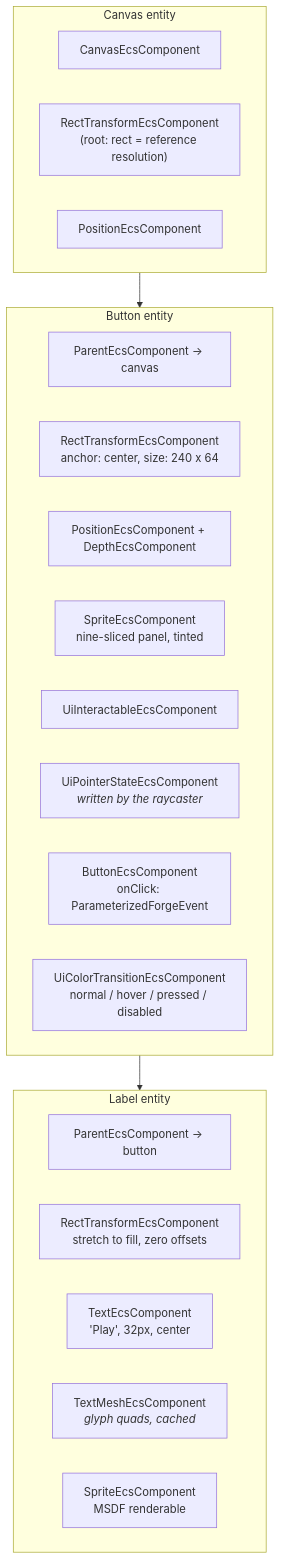
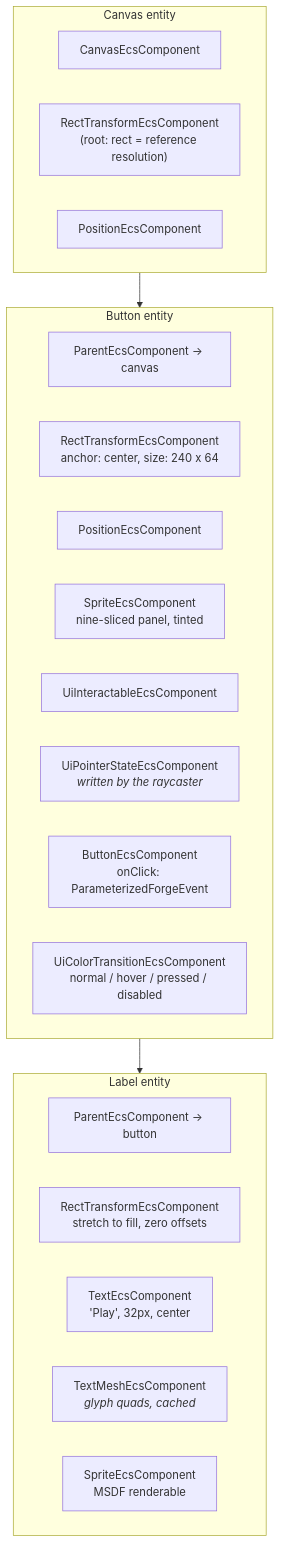
One commit to Forge-Game-Engine/Forge changed the second of 6 diagrams in design/ui-system.md. Above: the diagram before and after it, drawn with Mermaid. The commit also changed other lines of this file and 1 other file, not shown here.

First line of the commit message:
docs(ui): switch draw order to sprite.sortDepth, fix the gap table, scope out clipping

````diff
--- a/design/ui-system.md
+++ b/design/ui-system.md
@@ -273,29 +275,29 @@
 ```mermaid
 flowchart TD
     subgraph canvas["Canvas entity"]
         C1["CanvasEcsComponent"]
         C2["RectTransformEcsComponent<br/>(root: rect = reference resolution)"]
         C3["PositionEcsComponent"]
     end
 
     subgraph button["Button entity"]
         B1["ParentEcsComponent → canvas"]
         B2["RectTransformEcsComponent<br/>anchor: center, size: 240 x 64"]
-        B3["PositionEcsComponent + DepthEcsComponent"]
+        B3["PositionEcsComponent"]
         B4["SpriteEcsComponent<br/>nine-sliced panel, tinted"]
         B5["UiInteractableEcsComponent"]
         B6["UiPointerStateEcsComponent<br/><i>written by the raycaster</i>"]
         B7["ButtonEcsComponent<br/>onClick: ParameterizedForgeEvent"]
         B8["UiColorTransitionEcsComponent<br/>normal / hover / pressed / disabled"]
     end
 
     subgraph label["Label entity"]
         L1["ParentEcsComponent → button"]
         L2["RectTransformEcsComponent<br/>stretch to fill, zero offsets"]
         L3["TextEcsComponent<br/>'Play', 32px, center"]
         L4["TextMeshEcsComponent<br/><i>glyph quads, cached</i>"]
         L5["SpriteEcsComponent<br/>MSDF renderable"]
     end
 
     canvas --> button --> label
 ```
````
